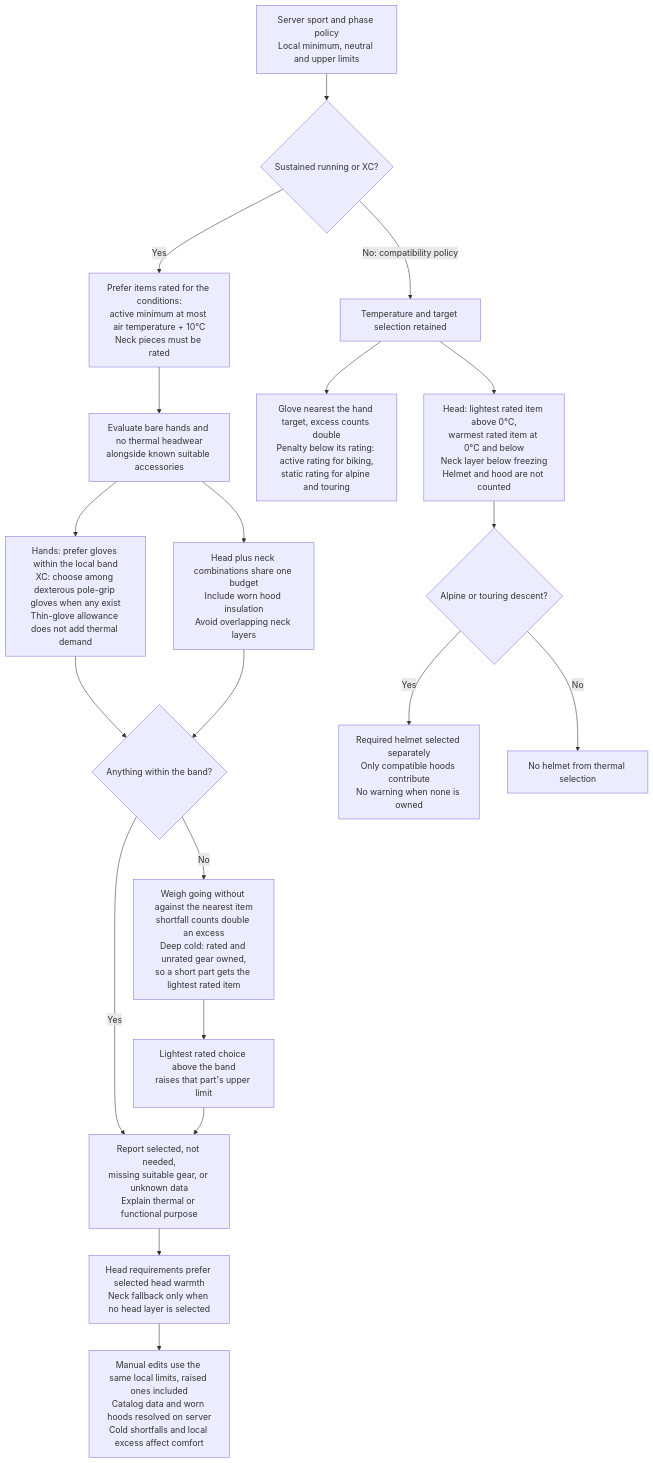
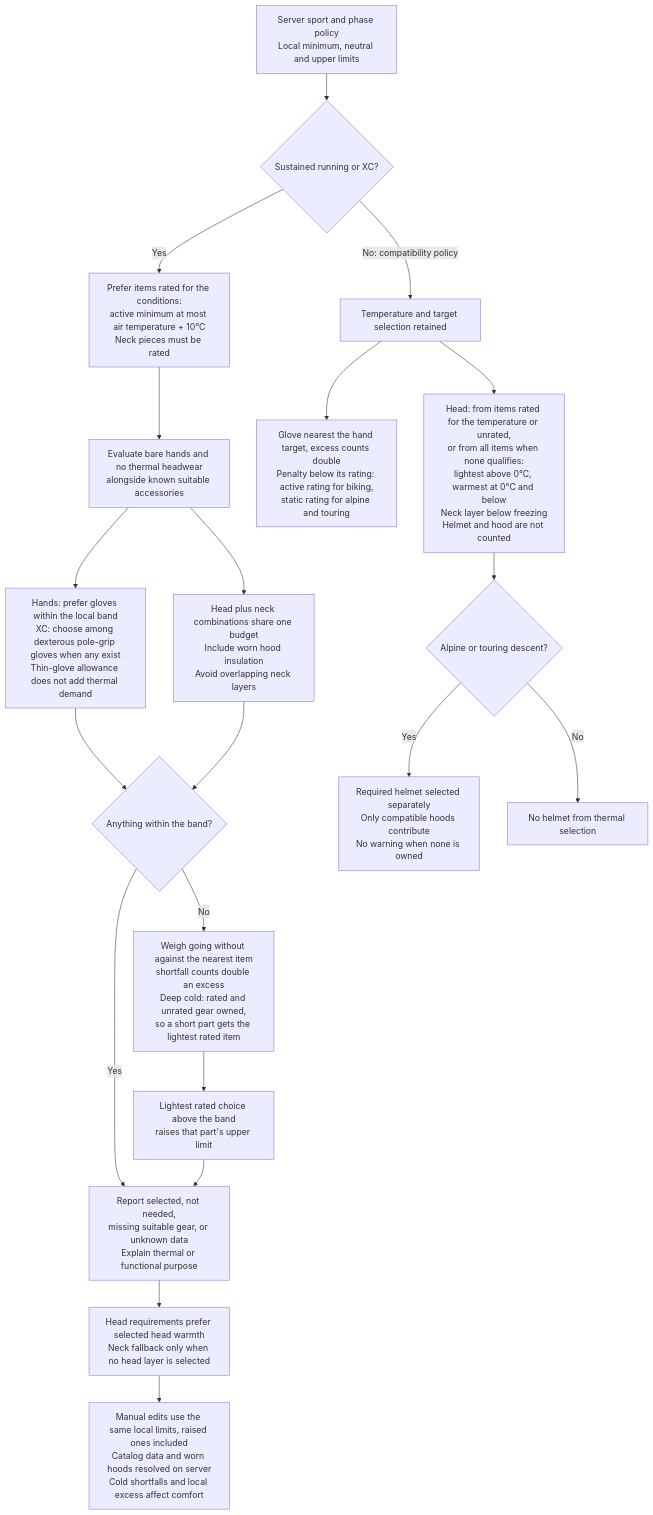
One commit to derobertsw/swttr changed the sixth of 7 diagrams in README.md. Above: the diagram before and after it, drawn with Mermaid. The commit also changed other lines of this file and 1 other file, not shown here.

````diff
--- a/README.md
+++ b/README.md
@@ -280,22 +280,22 @@
 ```mermaid
 graph TD
     EXT[Server sport and phase policy<br/>Local minimum, neutral and upper limits] --> MODE{Sustained running or XC?}
     MODE -->|Yes| RATED[Prefer items rated for the conditions:<br/>active minimum at most air temperature + 10°C<br/>Neck pieces must be rated]
     RATED --> BARE[Evaluate bare hands and no thermal headwear<br/>alongside known suitable accessories]
     BARE --> HAND[Hands: prefer gloves within the local band<br/>XC: choose among dexterous pole-grip gloves when any exist<br/>Thin-glove allowance does not add thermal demand]
     BARE --> HEAD[Head plus neck combinations share one budget<br/>Include worn hood insulation<br/>Avoid overlapping neck layers]
     HAND --> FIT{Anything within the band?}
     HEAD --> FIT
     FIT -->|No| NEAREST[Weigh going without against the nearest item<br/>shortfall counts double an excess<br/>Deep cold: rated and unrated gear owned,<br/>so a short part gets the lightest rated item]
     NEAREST --> LIMIT[Lightest rated choice above the band<br/>raises that part's upper limit]
     FIT -->|Yes| STATE
     LIMIT --> STATE[Report selected, not needed,<br/>missing suitable gear, or unknown data<br/>Explain thermal or functional purpose]
     STATE --> MATCH[Head requirements prefer selected head warmth<br/>Neck fallback only when no head layer is selected]
     MATCH --> EDIT[Manual edits use the same local limits, raised ones included<br/>Catalog data and worn hoods resolved on server<br/>Cold shortfalls and local excess affect comfort]
     MODE -->|No: compatibility policy| LEGACY[Temperature and target selection retained]
     LEGACY --> LHAND[Glove nearest the hand target, excess counts double<br/>Penalty below its rating: active rating for biking,<br/>static rating for alpine and touring]
-    LEGACY --> LHEAD[Head: lightest rated item above 0°C,<br/>warmest rated item at 0°C and below<br/>Neck layer below freezing<br/>Helmet and hood are not counted]
+    LEGACY --> LHEAD[Head: from items rated for the temperature or unrated,<br/>or from all items when none qualifies:<br/>lightest above 0°C, warmest at 0°C and below<br/>Neck layer below freezing<br/>Helmet and hood are not counted]
     LHEAD --> HELMET{Alpine or touring descent?}
     HELMET -->|Yes| REQUIRED[Required helmet selected separately<br/>Only compatible hoods contribute<br/>No warning when none is owned]
     HELMET -->|No| NOHELMET[No helmet from thermal selection]
 ```
````
